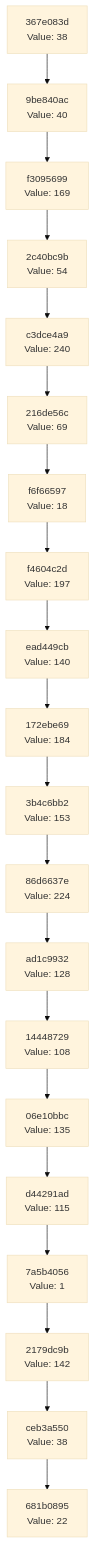
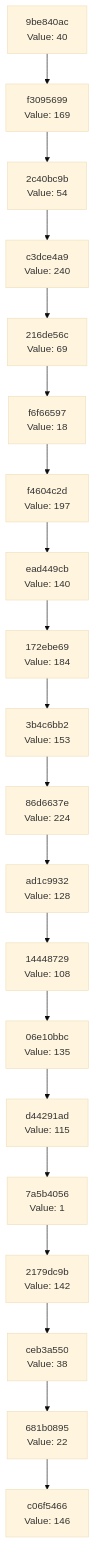
The diagram in docs/CHAIN_VISUALIZATION.md (Abhisheksinha1506/hash-chain-evolver), drawn with Mermaid (base theme) before and after one commit. The commit also changed 2 other files, not shown here.

Commit message:
Evolution step: hash 0x92 → action executed

````diff
--- a/docs/CHAIN_VISUALIZATION.md
+++ b/docs/CHAIN_VISUALIZATION.md
@@ -3,42 +3,42 @@
 ```mermaid
 graph TD
-    C0["681b0895<br/>Value: 22"]
-    C1["ceb3a550<br/>Value: 38"]
+    C0["c06f5466<br/>Value: 146"]
+    C1["681b0895<br/>Value: 22"]
     C1 --> C0
-    C2["2179dc9b<br/>Value: 142"]
+    C2["ceb3a550<br/>Value: 38"]
     C2 --> C1
-    C3["7a5b4056<br/>Value: 1"]
+    C3["2179dc9b<br/>Value: 142"]
     C3 --> C2
-    C4["d44291ad<br/>Value: 115"]
+    C4["7a5b4056<br/>Value: 1"]
     C4 --> C3
-    C5["06e10bbc<br/>Value: 135"]
+    C5["d44291ad<br/>Value: 115"]
     C5 --> C4
-    C6["14448729<br/>Value: 108"]
+    C6["06e10bbc<br/>Value: 135"]
     C6 --> C5
-    C7["ad1c9932<br/>Value: 128"]
+    C7["14448729<br/>Value: 108"]
     C7 --> C6
-    C8["86d6637e<br/>Value: 224"]
+    C8["ad1c9932<br/>Value: 128"]
     C8 --> C7
-    C9["3b4c6bb2<br/>Value: 153"]
+    C9["86d6637e<br/>Value: 224"]
     C9 --> C8
-    C10["172ebe69<br/>Value: 184"]
+    C10["3b4c6bb2<br/>Value: 153"]
     C10 --> C9
-    C11["ead449cb<br/>Value: 140"]
+    C11["172ebe69<br/>Value: 184"]
     C11 --> C10
-    C12["f4604c2d<br/>Value: 197"]
+    C12["ead449cb<br/>Value: 140"]
     C12 --> C11
-    C13["f6f66597<br/>Value: 18"]
+    C13["f4604c2d<br/>Value: 197"]
     C13 --> C12
-    C14["216de56c<br/>Value: 69"]
+    C14["f6f66597<br/>Value: 18"]
     C14 --> C13
-    C15["c3dce4a9<br/>Value: 240"]
+    C15["216de56c<br/>Value: 69"]
     C15 --> C14
-    C16["2c40bc9b<br/>Value: 54"]
+    C16["c3dce4a9<br/>Value: 240"]
     C16 --> C15
-    C17["f3095699<br/>Value: 169"]
+    C17["2c40bc9b<br/>Value: 54"]
     C17 --> C16
-    C18["9be840ac<br/>Value: 40"]
+    C18["f3095699<br/>Value: 169"]
     C18 --> C17
-    C19["367e083d<br/>Value: 38"]
+    C19["9be840ac<br/>Value: 40"]
     C19 --> C18
 ```
````
